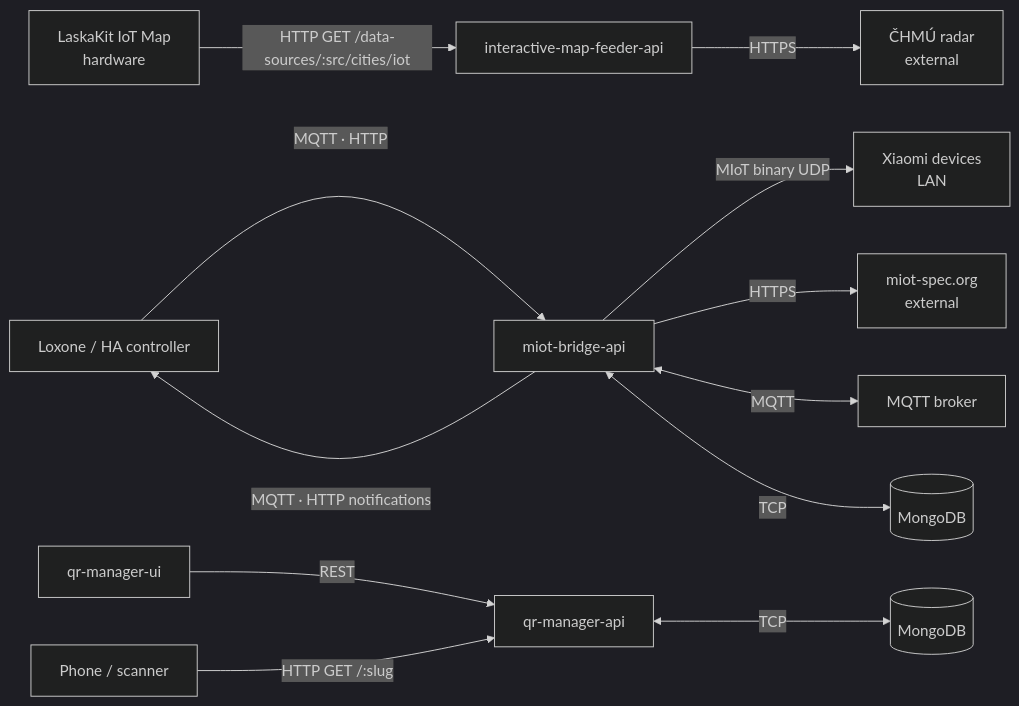
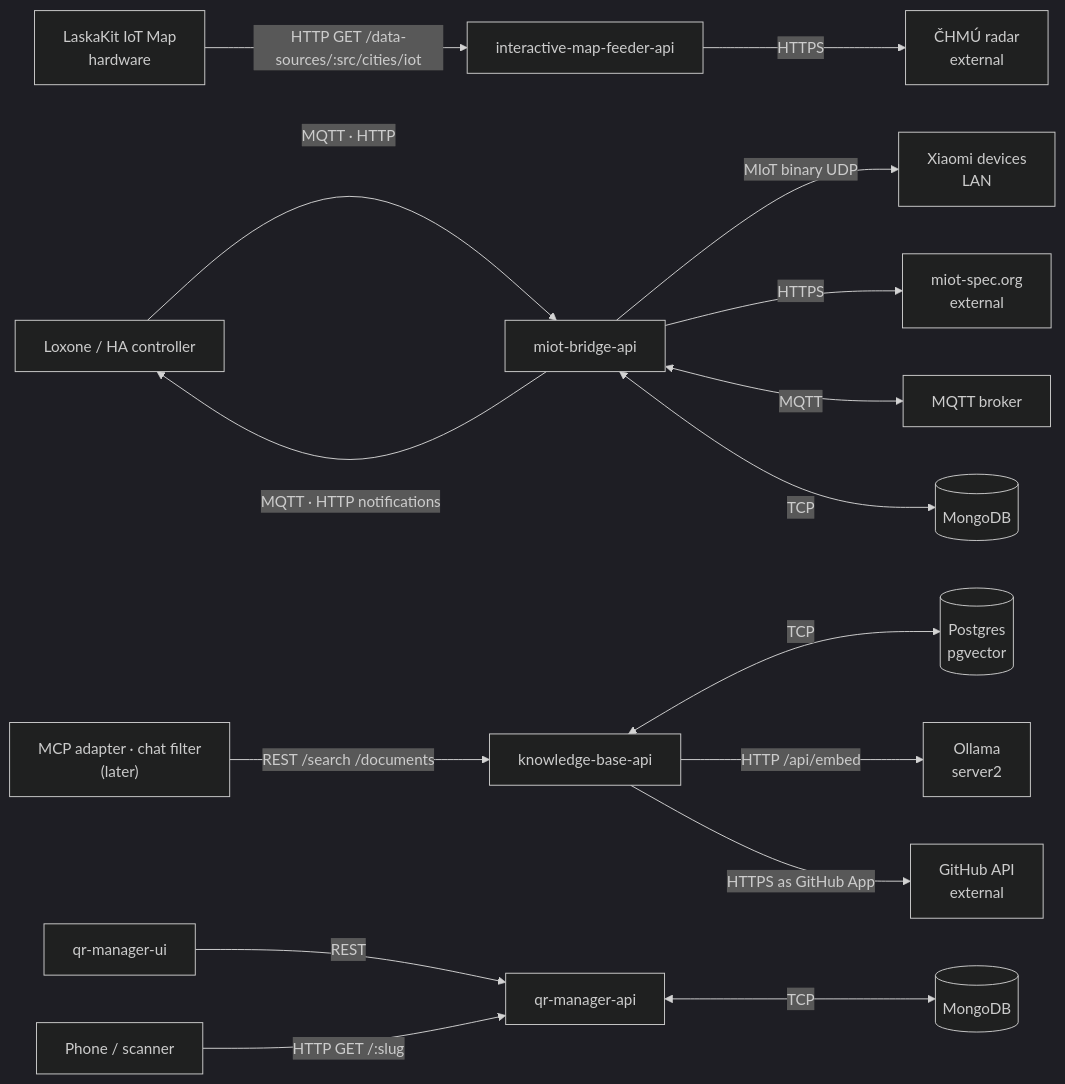
Before and after one commit to radoslavirha/homelab-apps: the diagram in docs/KNOWLEDGE.md, drawn with Mermaid (dark theme). The commit also changed other lines of this file and 176 other files, not shown here.

First line of the commit message:
feat(knowledge-base-api): hybrid search over a knowledge base indexed from git

````diff
--- a/docs/KNOWLEDGE.md
+++ b/docs/KNOWLEDGE.md
@@ -163,16 +165,21 @@
 ```mermaid
 graph LR
     LaskaKit["LaskaKit IoT Map\nhardware"] -->|HTTP GET /data-sources/:src/cities/iot| IMA["interactive-map-feeder-api"]
     IMA -->|HTTPS| CHMI["ČHMÚ radar\nexternal"]
 
     HA["Loxone / HA controller"] -->|MQTT · HTTP| MBA["miot-bridge-api"]
     MBA -->|MIoT binary UDP| Xiaomi["Xiaomi devices\nLAN"]
     MBA -->|HTTPS| MiotSpec["miot-spec.org\nexternal"]
     MBA <-->|MQTT| MQTTBroker["MQTT broker"]
     MBA <-->|TCP| MongoDB1[("MongoDB")]
     MBA -->|MQTT · HTTP notifications| HA
 
+    Caller["MCP adapter · chat filter\n(later)"] -->|REST /search /documents| KBA["knowledge-base-api"]
+    KBA <-->|TCP| Postgres[("Postgres\npgvector")]
+    KBA -->|HTTP /api/embed| Ollama["Ollama\nserver2"]
+    KBA -->|HTTPS as GitHub App| GitHub["GitHub API\nexternal"]
+
     QRU["qr-manager-ui"] -->|REST| QRA["qr-manager-api"]
     Phone["Phone / scanner"] -->|HTTP GET /:slug| QRA
     QRA <-->|TCP| MongoDB2[("MongoDB")]
 ```
````
